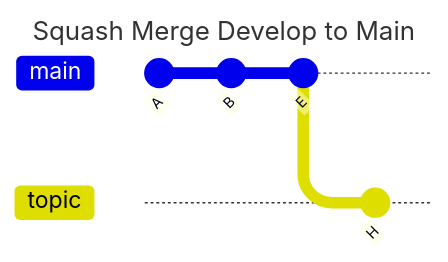
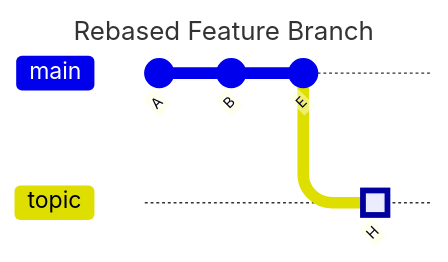
Diagram 19 of 19 in demos/IntermediateGit.md (robertwalker/DemoSandbox), drawn with Mermaid before and after one commit. The commit also changed other lines of this file, not shown here.

````diff
--- a/demos/IntermediateGit.md
+++ b/demos/IntermediateGit.md
@@ -473,15 +503,15 @@
 ```mermaid
 ---
-title: Squash Merge Develop to Main
+title: Rebased Feature Branch
 config:
   theme: default
 mainBranchName: main
 ---
 gitGraph:
     commit id: "A"
     commit id: "B"
     commit id: "E"
     branch topic
     checkout topic
-    commit id: "H"
+    commit id: "H" type: HIGHLIGHT
 ```
````
